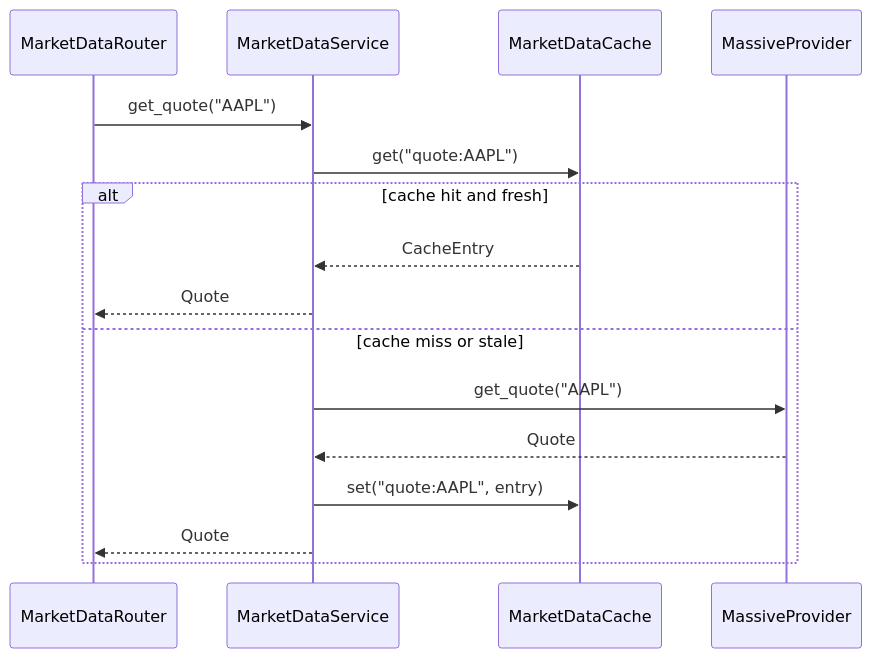
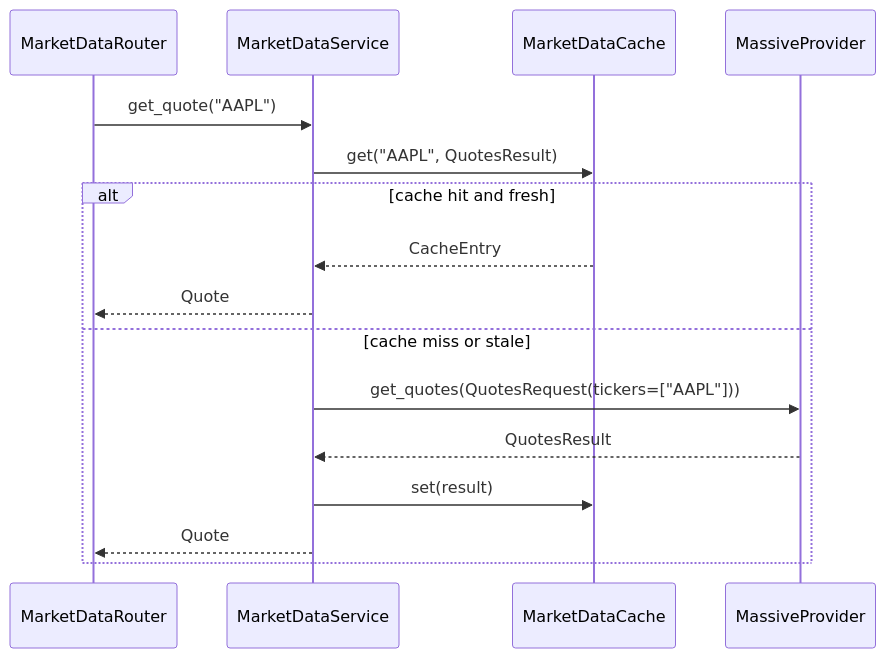
Before and after one commit to DylanLiesenfelt/StonksAPI: the second of 3 diagrams in docs/design/MARKET_DATA_DESIGN.md, drawn with Mermaid. The commit also changed other lines of this file and 27 other files, not shown here.

````diff
--- a/docs/design/MARKET_DATA_DESIGN.md
+++ b/docs/design/MARKET_DATA_DESIGN.md
@@ -206,19 +253,19 @@
 ```mermaid
 sequenceDiagram
     participant R as MarketDataRouter
     participant Svc as MarketDataService
     participant Cache as MarketDataCache
     participant P as MassiveProvider
 
     R->>Svc: get_quote("AAPL")
-    Svc->>Cache: get("quote:AAPL")
+    Svc->>Cache: get("AAPL", QuotesResult)
     alt cache hit and fresh
         Cache-->>Svc: CacheEntry
         Svc-->>R: Quote
     else cache miss or stale
-        Svc->>P: get_quote("AAPL")
-        P-->>Svc: Quote
-        Svc->>Cache: set("quote:AAPL", entry)
+        Svc->>P: get_quotes(QuotesRequest(tickers=["AAPL"]))
+        P-->>Svc: QuotesResult
+        Svc->>Cache: set(result)
         Svc-->>R: Quote
     end
 ```
````
